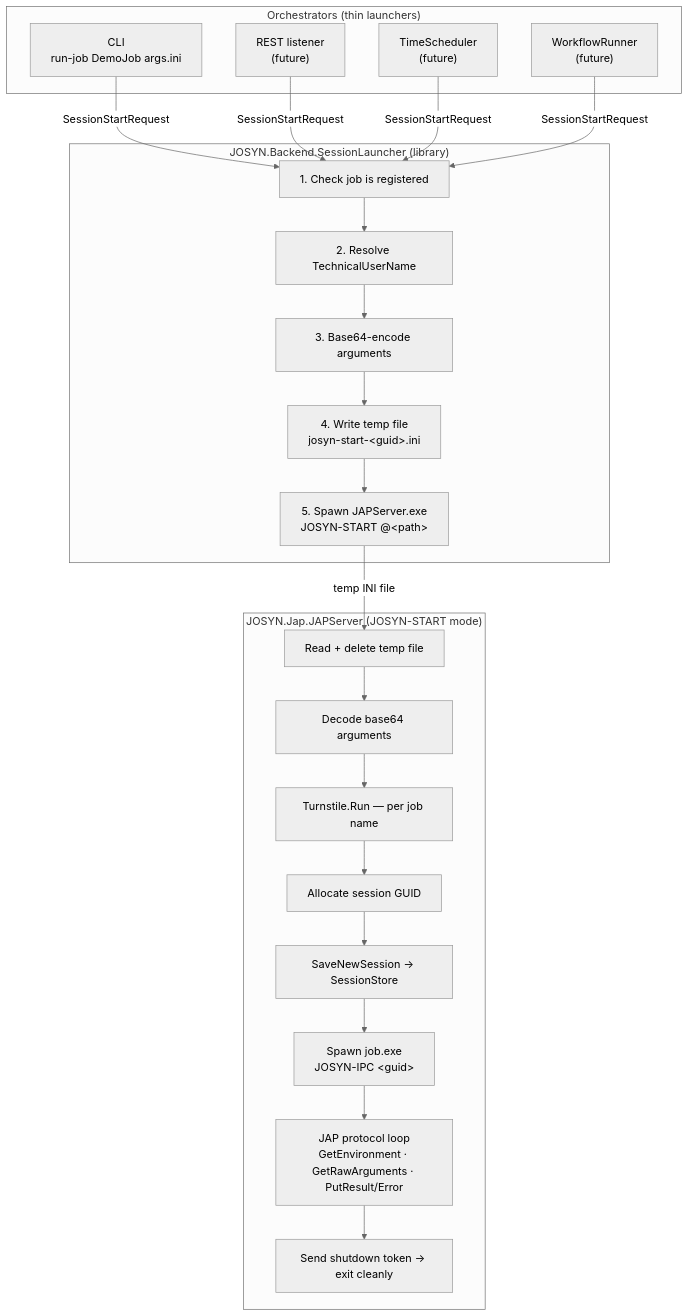
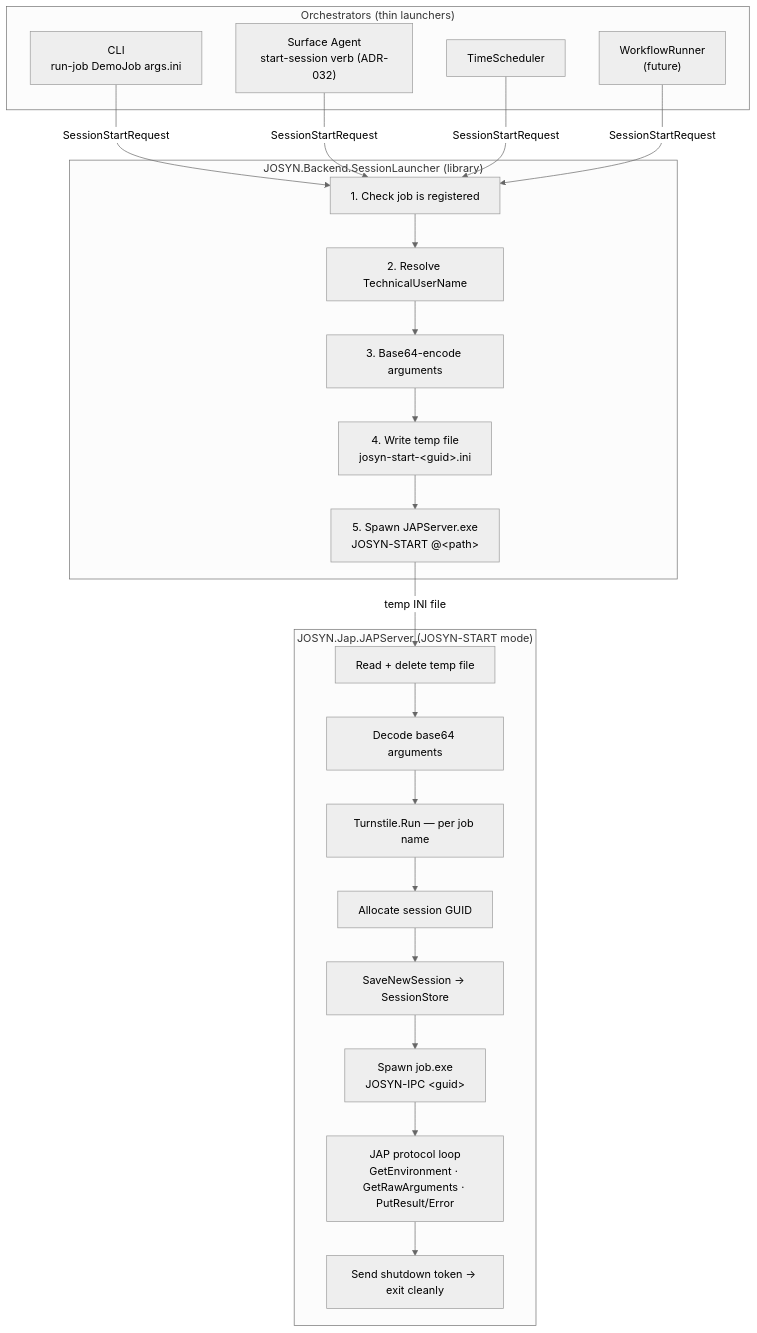
Before and after one commit to ckluth/josyn-platform: the diagram in guides/session-launch.md, drawn with Mermaid (neutral theme). The commit also changed other lines of this file and 8 other files, not shown here.

First line of the commit message:
Surface re-conceptualization: finalize ADR-032, add ADR-033 (JRP/Gateway/three-concern split)

````diff
--- a/guides/session-launch.md
+++ b/guides/session-launch.md
@@ -21,37 +21,37 @@
 ```mermaid
 flowchart TD
     subgraph Orchestrators["Orchestrators (thin launchers)"]
         CLI["CLI\nrun-job DemoJob args.ini"]
-        REST["REST listener\n(future)"]
-        TimeSched["TimeScheduler\n(future)"]
+        SurfaceAgent["Surface Agent\nstart-session verb (ADR-032)"]
+        TimeSched["TimeScheduler"]
         WfRunner["WorkflowRunner\n(future)"]
     end
 
     subgraph Launcher["JOSYN.Backend.SessionLauncher (library)"]
         L1["1. Check job is registered"]
         L2["2. Resolve TechnicalUserName"]
         L3["3. Base64-encode arguments"]
         L4["4. Write temp file\njosyn-start-&lt;guid&gt;.ini"]
         L5["5. Spawn JAPServer.exe\nJOSYN-START @&lt;path&gt;"]
     end
 
     subgraph JAPServer["JOSYN.Jap.JAPServer (JOSYN-START mode)"]
         J1["Read + delete temp file"]
         J2["Decode base64 arguments"]
         J3["Turnstile.Run — per job name"]
         J4["Allocate session GUID"]
         J5["SaveNewSession → SessionStore"]
         J6["Spawn job.exe\nJOSYN-IPC &lt;guid&gt;"]
         J7["JAP protocol loop\nGetEnvironment · GetRawArguments · PutResult/Error"]
         J8["Send shutdown token → exit cleanly"]
     end
 
     CLI -->|SessionStartRequest| L1
-    REST -->|SessionStartRequest| L1
+    SurfaceAgent -->|SessionStartRequest| L1
     TimeSched -->|SessionStartRequest| L1
     WfRunner -->|SessionStartRequest| L1
     L1 --> L2 --> L3 --> L4 --> L5
 
     L5 -->|temp INI file| J1
     J1 --> J2 --> J3 --> J4 --> J5 --> J6 --> J7 --> J8
 ```
````
